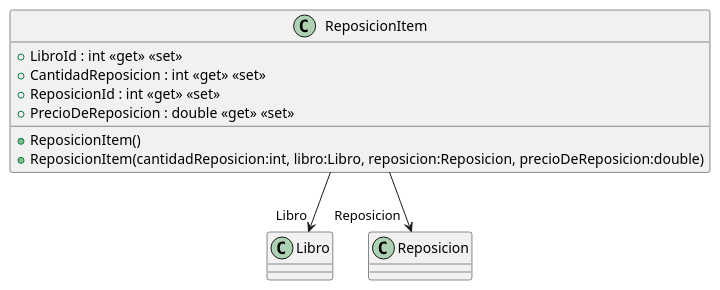
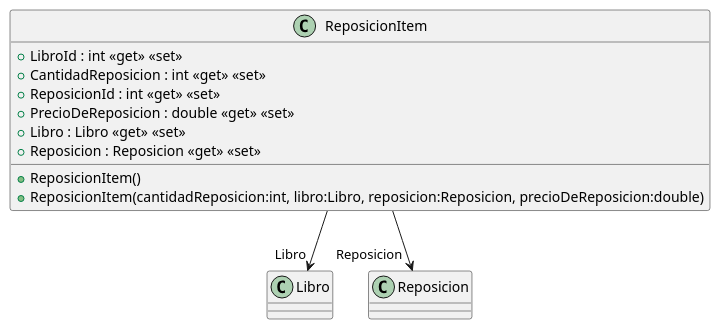
Before and after one commit to ISII2627IntegraSolutions/ISII2627IntegraSolutions: the diagram in src/AppForSEII.API/ClassDiagram/ReposicionItem.puml, drawn with PlantUML. The commit also changed 19 other files, not shown here.

```diff
--- a/src/AppForSEII.API/ClassDiagram/ReposicionItem.puml
+++ b/src/AppForSEII.API/ClassDiagram/ReposicionItem.puml
@@ -1,12 +1,14 @@
 @startuml
 class ReposicionItem {
     + ReposicionItem()
     + ReposicionItem(cantidadReposicion:int, libro:Libro, reposicion:Reposicion, precioDeReposicion:double)
     + LibroId : int <<get>> <<set>>
     + CantidadReposicion : int <<get>> <<set>>
     + ReposicionId : int <<get>> <<set>>
     + PrecioDeReposicion : double <<get>> <<set>>
+    + Libro : Libro <<get>> <<set>>
+    + Reposicion : Reposicion <<get>> <<set>>
 }
 ReposicionItem --> "Libro" Libro
 ReposicionItem --> "Reposicion" Reposicion
 @enduml
```
